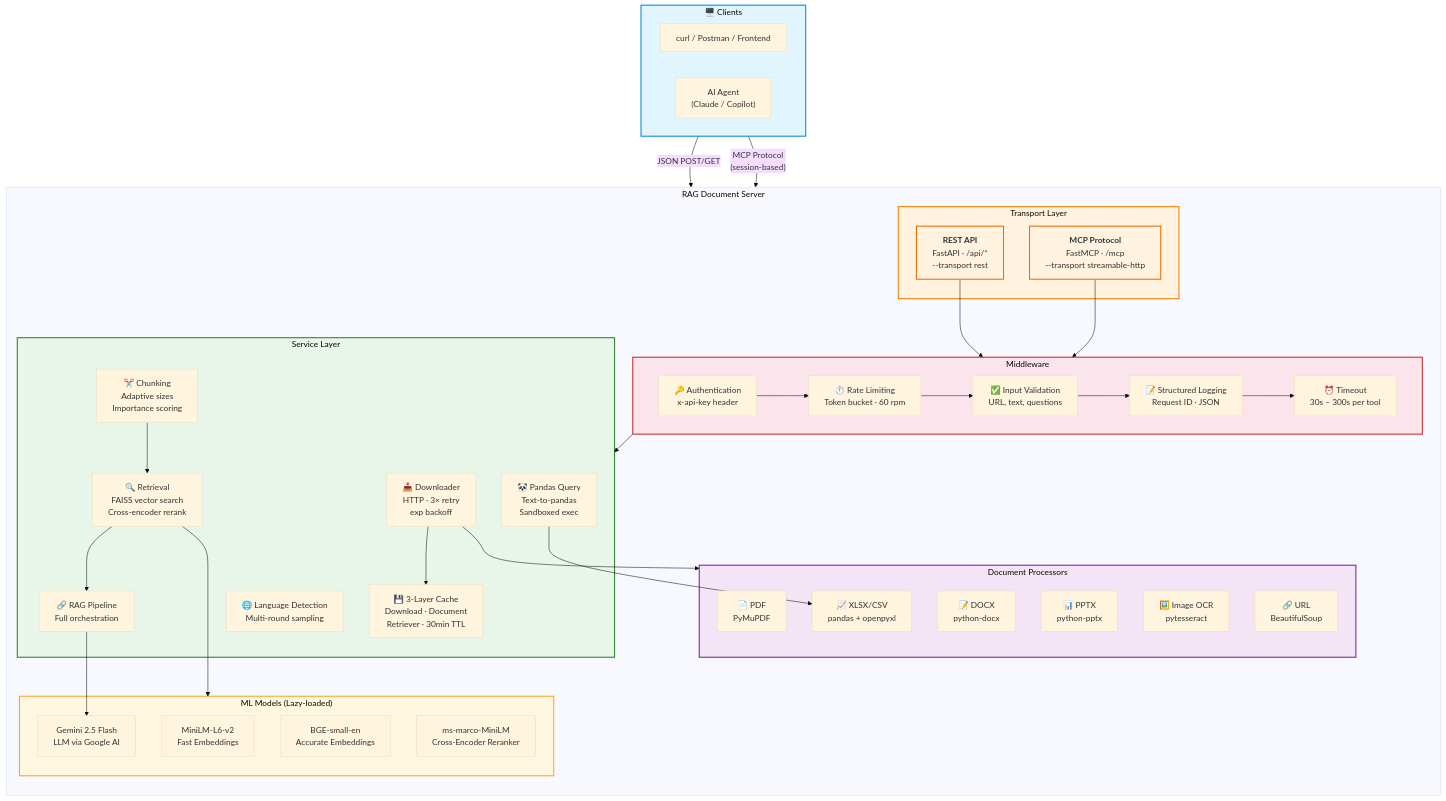
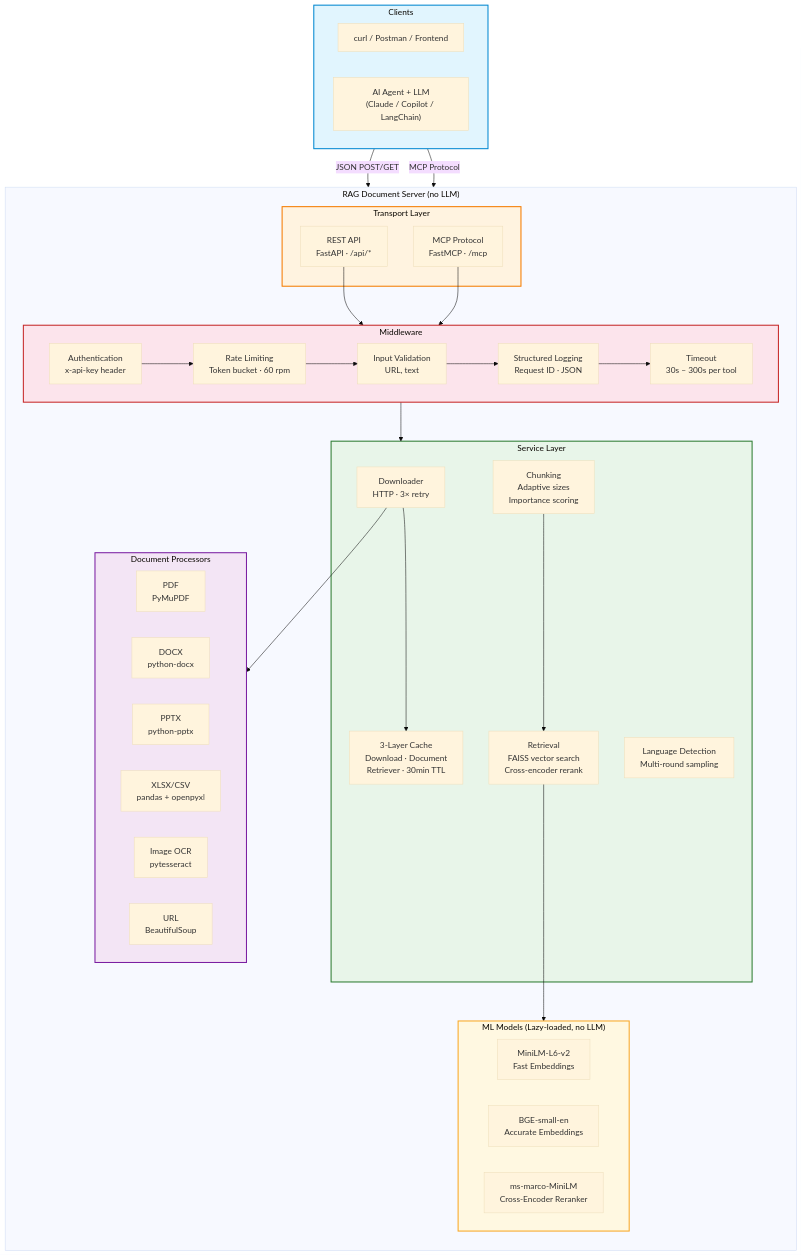
Before and after one commit to Vamshi9415/docrag-mcp: the diagram in README.md, drawn with Mermaid (base theme). The commit also changed other lines of this file and 1 other file, not shown here.

````diff
--- a/README.md
+++ b/README.md
@@ -37,79 +40,71 @@
 ```mermaid
 graph TB
-    subgraph Clients["🖥️ Clients"]
+    subgraph Clients["Clients"]
         direction LR
         C1["curl / Postman / Frontend"]
-        C2["AI Agent<br/>(Claude / Copilot)"]
+        C2["AI Agent + LLM<br/>(Claude / Copilot / LangChain)"]
     end
 
-    subgraph Server["RAG Document Server"]
+    subgraph Server["RAG Document Server (no LLM)"]
         direction TB
 
         subgraph Transport["Transport Layer"]
-            REST["<b>REST API</b><br/>FastAPI · /api/*<br/>--transport rest"]
-            MCP["<b>MCP Protocol</b><br/>FastMCP · /mcp<br/>--transport streamable-http"]
+            REST["REST API<br/>FastAPI · /api/*"]
+            MCP["MCP Protocol<br/>FastMCP · /mcp"]
         end
 
         subgraph MW["Middleware"]
-            AUTH["🔑 Authentication<br/>x-api-key header"]
-            RL["⏱️ Rate Limiting<br/>Token bucket · 60 rpm"]
-            VAL["✅ Input Validation<br/>URL, text, questions"]
-            LOG["📝 Structured Logging<br/>Request ID · JSON"]
-            TO["⏰ Timeout<br/>30s – 300s per tool"]
+            AUTH["Authentication<br/>x-api-key header"]
+            RL["Rate Limiting<br/>Token bucket · 60 rpm"]
+            VAL["Input Validation<br/>URL, text"]
+            LOG["Structured Logging<br/>Request ID · JSON"]
+            TO["Timeout<br/>30s – 300s per tool"]
         end
 
         subgraph Services["Service Layer"]
-            DL["📥 Downloader<br/>HTTP · 3× retry<br/>exp backoff"]
-            CACHE["💾 3-Layer Cache<br/>Download · Document<br/>Retriever · 30min TTL"]
-            CHUNK["✂️ Chunking<br/>Adaptive sizes<br/>Importance scoring"]
-            RET["🔍 Retrieval<br/>FAISS vector search<br/>Cross-encoder rerank"]
-            PIPE["🔗 RAG Pipeline<br/>Full orchestration"]
-            PQ["🐼 Pandas Query<br/>Text-to-pandas<br/>Sandboxed exec"]
-            LANG["🌐 Language Detection<br/>Multi-round sampling"]
+            DL["Downloader<br/>HTTP · 3× retry"]
+            CACHE["3-Layer Cache<br/>Download · Document<br/>Retriever · 30min TTL"]
+            CHUNK["Chunking<br/>Adaptive sizes<br/>Importance scoring"]
+            RET["Retrieval<br/>FAISS vector search<br/>Cross-encoder rerank"]
+            LANG["Language Detection<br/>Multi-round sampling"]
         end
 
         subgraph Processors["Document Processors"]
-            PDF["📄 PDF<br/>PyMuPDF"]
-            DOCX["📝 DOCX<br/>python-docx"]
-            PPTX["📊 PPTX<br/>python-pptx"]
-            XLSX["📈 XLSX/CSV<br/>pandas + openpyxl"]
-            IMG["🖼️ Image OCR<br/>pytesseract"]
-            URL_P["🔗 URL<br/>BeautifulSoup"]
+            PDF["PDF<br/>PyMuPDF"]
+            DOCX["DOCX<br/>python-docx"]
+            PPTX["PPTX<br/>python-pptx"]
+            XLSX["XLSX/CSV<br/>pandas + openpyxl"]
+            IMG["Image OCR<br/>pytesseract"]
+            URL_P["URL<br/>BeautifulSoup"]
         end
 
-        subgraph Models["ML Models (Lazy-loaded)"]
+        subgraph Models["ML Models (Lazy-loaded, no LLM)"]
             EMB1["MiniLM-L6-v2<br/>Fast Embeddings"]
             EMB2["BGE-small-en<br/>Accurate Embeddings"]
             RERANK["ms-marco-MiniLM<br/>Cross-Encoder Reranker"]
-            LLM["Gemini 2.5 Flash<br/>LLM via Google AI"]
         end
     end
 
     C1 -- "JSON POST/GET" --> REST
-    C2 -- "MCP Protocol<br/>(session-based)" --> MCP
+    C2 -- "MCP Protocol" --> MCP
 
     REST --> MW
     MCP --> MW
 
     AUTH --> RL --> VAL --> LOG --> TO
 
     MW --> Services
 
     DL --> CACHE
     DL --> Processors
     CHUNK --> RET
-    RET --> PIPE
-    PQ --> XLSX
 
     RET --> Models
-    PIPE --> LLM
 
     style Clients fill:#e1f5fe,stroke:#0288d1,stroke-width:2px
     style Transport fill:#fff3e0,stroke:#f57c00,stroke-width:2px
     style MW fill:#fce4ec,stroke:#c62828,stroke-width:2px
     style Services fill:#e8f5e9,stroke:#2e7d32,stroke-width:2px
     style Processors fill:#f3e5f5,stroke:#7b1fa2,stroke-width:2px
     style Models fill:#fff8e1,stroke:#f9a825,stroke-width:2px
-    style REST fill:#fff3e0,stroke:#ef6c00,stroke-width:2px
-    style MCP fill:#fff3e0,stroke:#ef6c00,stroke-width:2px
 ```
````
